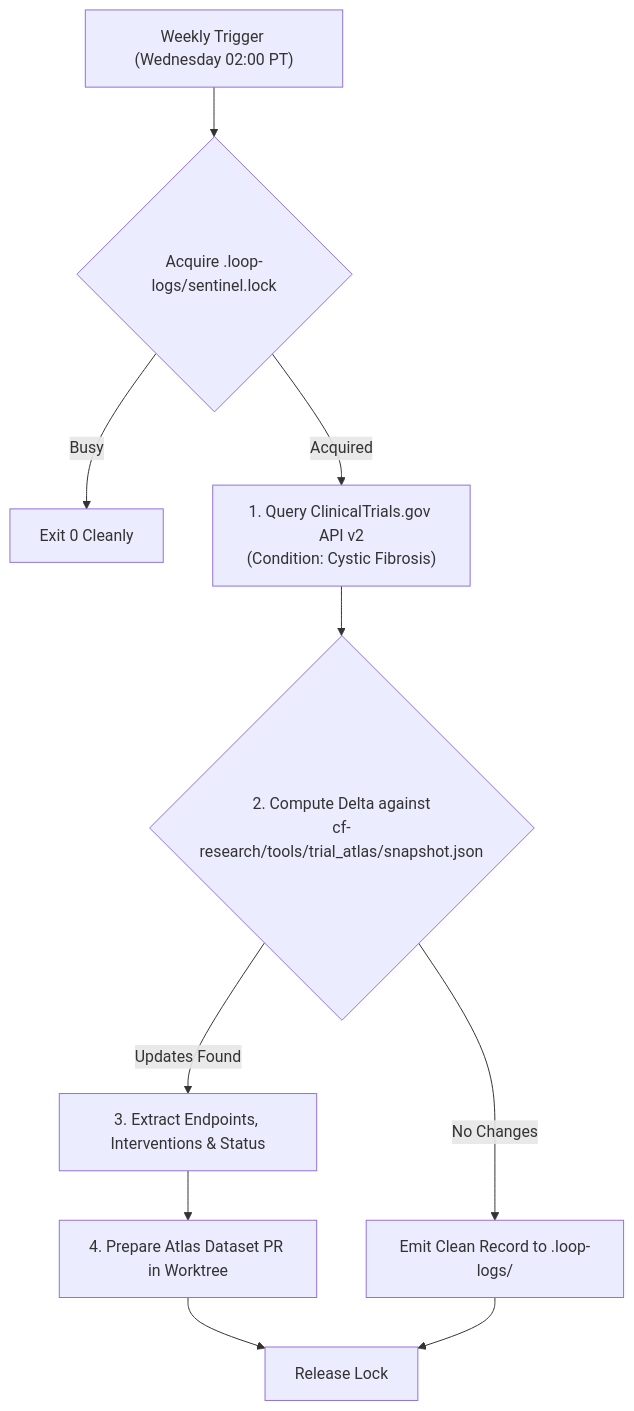
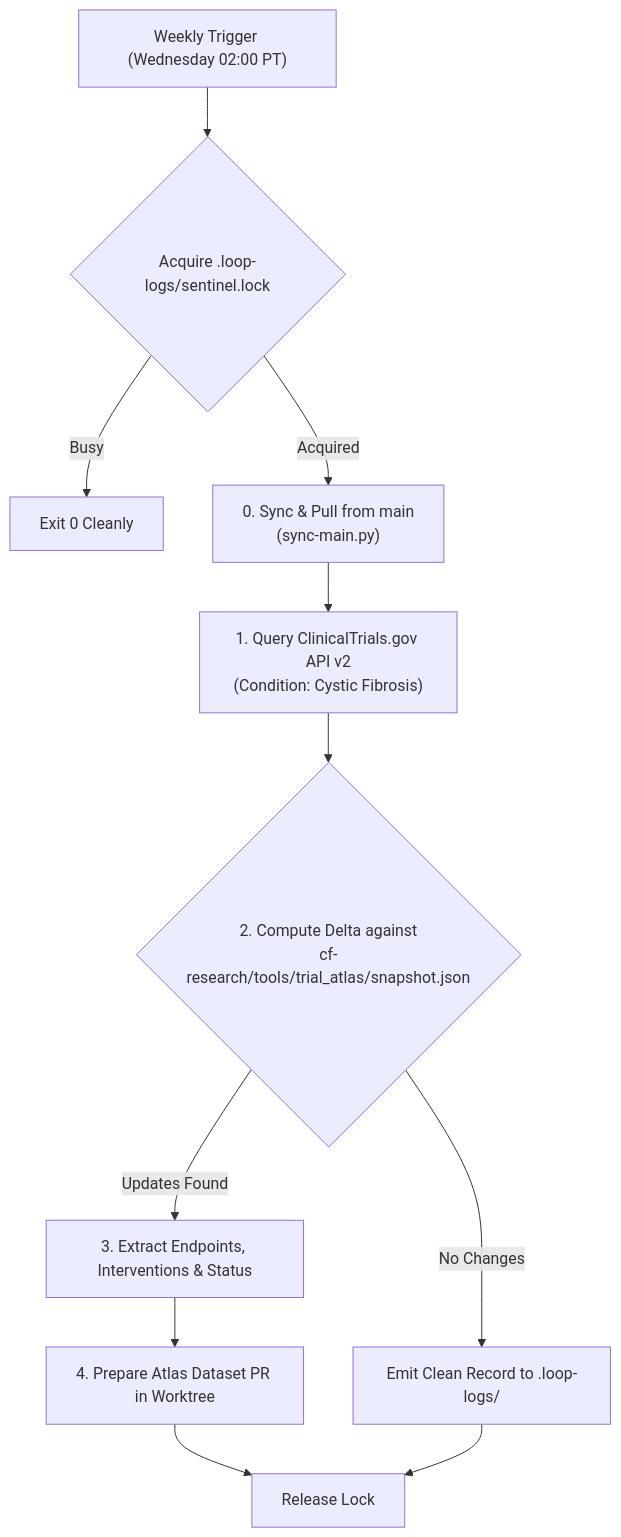
Before and after one commit to senseiewok/cf-lab: the diagram in .claude/skills/scheduled-trial-surveillance/SKILL.md, drawn with Mermaid. The commit also changed other lines of this file and 11 other files, not shown here.

First line of the commit message:
feat(schedules): ensure all schedules pull from main on startup

````diff
--- a/.claude/skills/scheduled-trial-surveillance/SKILL.md
+++ b/.claude/skills/scheduled-trial-surveillance/SKILL.md
@@ -22,12 +22,14 @@
 ```mermaid
 flowchart TD
     Trigger["Weekly Trigger (Wednesday 02:00 PT)"] --> Lock{"Acquire .loop-logs/sentinel.lock"}
     Lock -->|Busy| Exit["Exit 0 Cleanly"]
-    Lock -->|Acquired| Q["1. Query ClinicalTrials.gov API v2\n(Condition: Cystic Fibrosis)"]
-    Q --> Delta{"2. Compute Delta against\ncf-research/tools/trial_atlas/snapshot.json"}
+    Lock -->|Acquired| Sync["0. Sync & Pull from main\n(sync-main.py)"]
+    Sync --> Q["1. Query ClinicalTrials.gov API v2\n(Condition: Cystic Fibrosis)"]
+    Delta{"2. Compute Delta against\ncf-research/tools/trial_atlas/snapshot.json"}
+    Q --> Delta
     Delta -->|No Changes| Clean["Emit Clean Record to .loop-logs/"]
     Delta -->|Updates Found| Parse["3. Extract Endpoints, Interventions & Status"]
     Parse --> Draft["4. Prepare Atlas Dataset PR in Worktree"]
     Draft --> Release["Release Lock"]
     Clean --> Release
 ```
````
